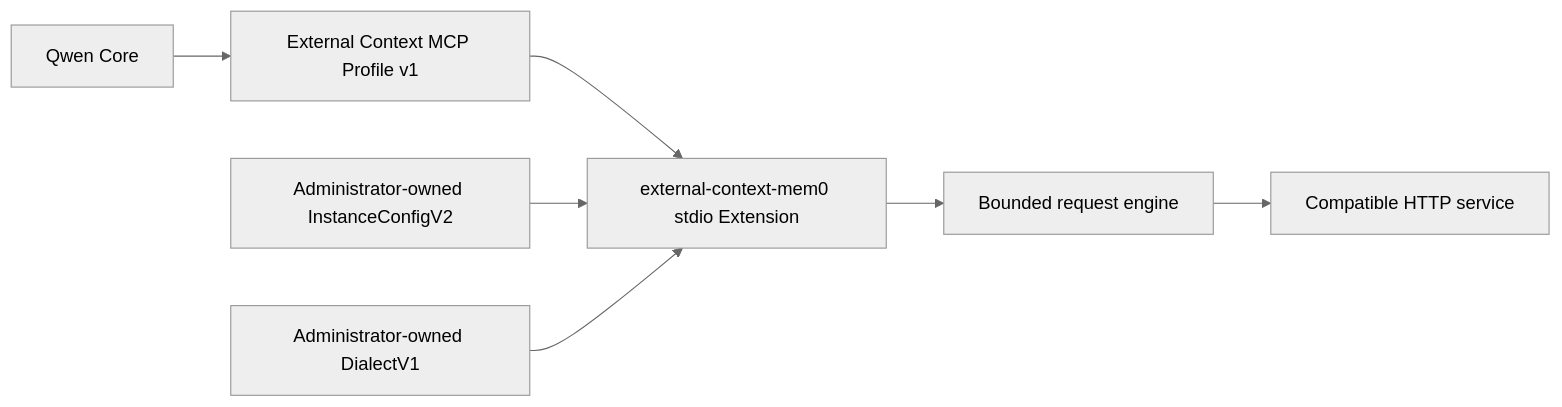
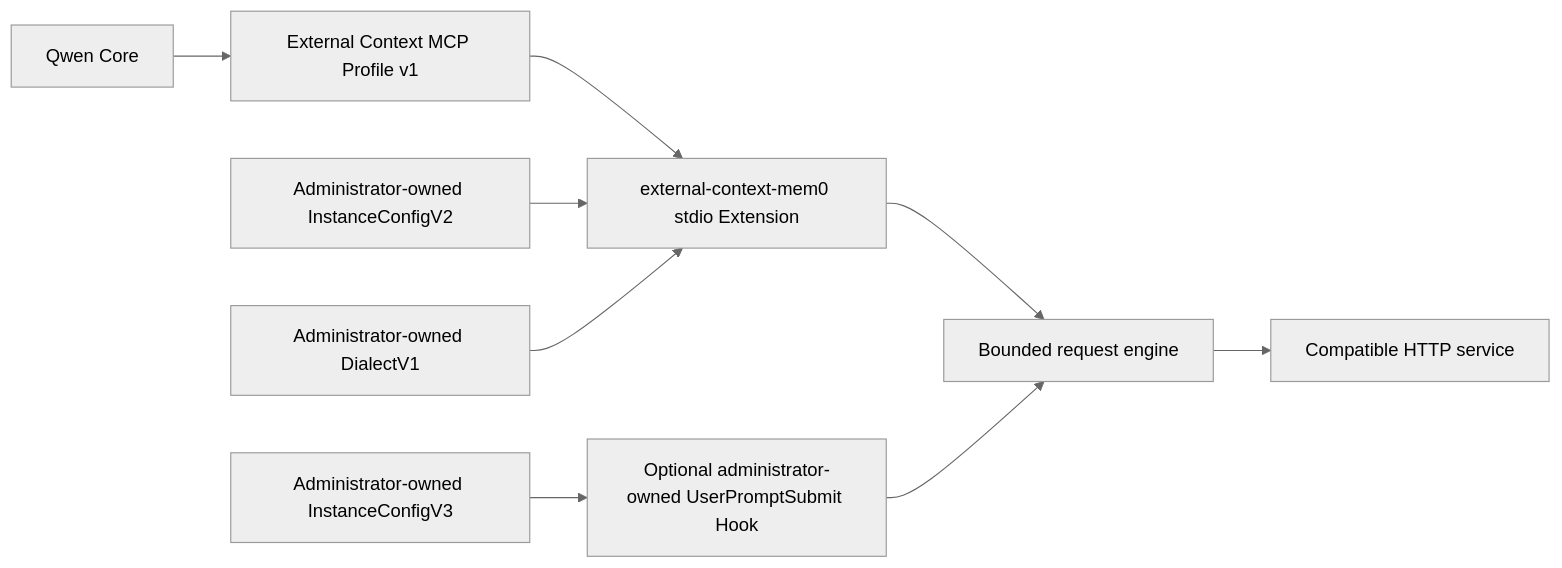
One commit to QwenLM/qwen-code changed the diagram in docs/design/external-context-mem0-extension.md. Above: the diagram before and after it, drawn with Mermaid (neutral theme). The commit also changed other lines of this file and 15 other files, not shown here.

````diff
--- a/docs/design/external-context-mem0-extension.md
+++ b/docs/design/external-context-mem0-extension.md
@@ -56,9 +67,11 @@
 ```mermaid
 flowchart LR
     Q["Qwen Core"] --> P["External Context MCP Profile v1"]
     P --> E["external-context-mem0 stdio Extension"]
     I["Administrator-owned InstanceConfigV2"] --> E
     D["Administrator-owned DialectV1"] --> E
     E --> R["Bounded request engine"]
     R --> S["Compatible HTTP service"]
+    H["Optional administrator-owned UserPromptSubmit Hook"] --> R
+    A["Administrator-owned InstanceConfigV3"] --> H
 ```
````
